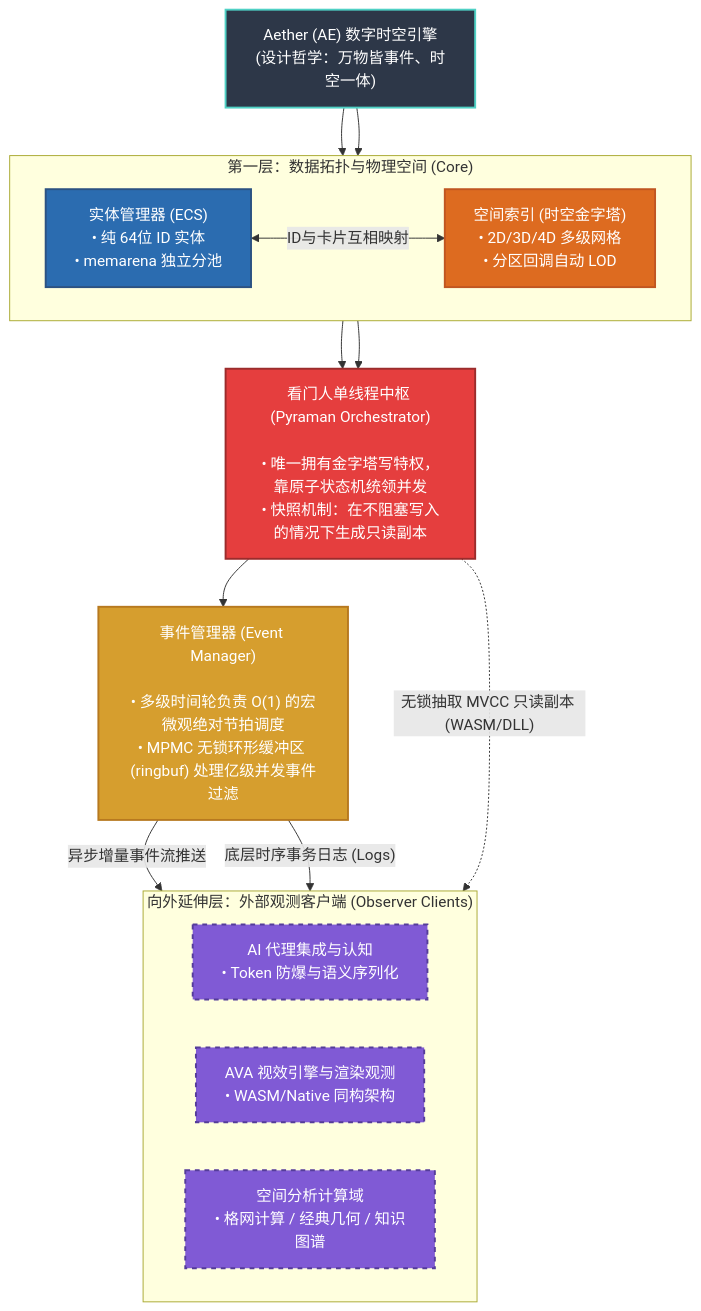
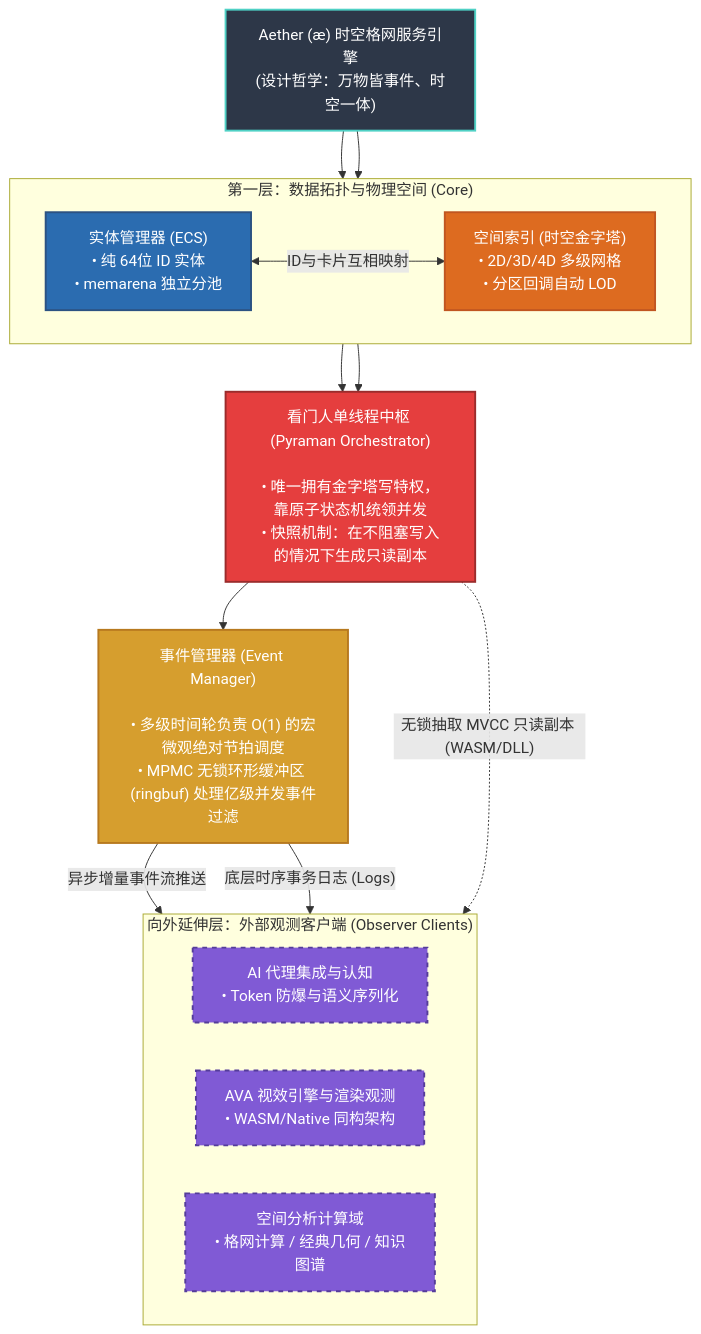
Before and after one commit to mapcarto/aether: the diagram in docs/01_philosophy/index.md, drawn with Mermaid. The commit also changed other lines of this file and 12 other files, not shown here.

````diff
--- a/docs/01_philosophy/index.md
+++ b/docs/01_philosophy/index.md
@@ -25,42 +25,42 @@
 ```mermaid
 flowchart TD
     classDef engine fill:#2d3748,stroke:#4fd1c5,stroke-width:2px,color:#fff
     classDef core fill:#2b6cb0,stroke:#2c5282,stroke-width:2px,color:#fff
     classDef pyramid fill:#dd6b20,stroke:#c05621,stroke-width:2px,color:#fff
     classDef pyraman fill:#e53e3e,stroke:#9b2c2c,stroke-width:2px,color:#fff
     classDef event fill:#d69e2e,stroke:#b7791f,stroke-width:2px,color:#fff
     classDef pipeline fill:#805ad5,stroke:#553c9a,stroke-width:2px,color:#fff,stroke-dasharray: 5 5
 
-    AE["Aether (AE) 数字时空引擎<br/>(设计哲学：万物皆事件、时空一体)"]:::engine
+    AE["Aether (æ) 时空格网服务引擎<br/>(设计哲学：万物皆事件、时空一体)"]:::engine
 
     subgraph "第一层：数据拓扑与物理空间 (Core)"
         direction LR
         ECS["实体管理器 (ECS)<br/>• 纯 64位 ID 实体<br/>• memarena 独立分池"]:::core
         GRID["空间索引 (时空金字塔)<br/>• 2D/3D/4D 多级网格<br/>• 分区回调自动 LOD"]:::pyramid
         
         ECS <-->|"ID与卡片互相映射"| GRID
     end
 
     AE --> ECS
     AE --> GRID
 
     PYRAMAN["看门人单线程中枢 (Pyraman Orchestrator)<br/><br/>• 唯一拥有金字塔写特权，靠原子状态机统领并发<br/>• 快照机制：在不阻塞写入的情况下生成只读副本"]:::pyraman
 
     ECS --> PYRAMAN
     GRID --> PYRAMAN
 
     EM["事件管理器 (Event Manager)<br/><br/>• 多级时间轮负责 O(1) 的宏微观绝对节拍调度<br/>• MPMC 无锁环形缓冲区 (ringbuf) 处理亿级并发事件过滤"]:::event
 
     PYRAMAN --> EM
 
     subgraph "向外延伸层：外部观测客户端 (Observer Clients)"
         direction LR
         AI["AI 代理集成与认知<br/>• Token 防爆与语义序列化"]:::pipeline
         RENDER["AVA 视效引擎与渲染观测<br/>• WASM/Native 同构架构"]:::pipeline
         ANALYSIS["空间分析计算域<br/>• 格网计算 / 经典几何 / 知识图谱"]:::pipeline
     end
 
     EM -->|"异步增量事件流推送"| AI
     PYRAMAN -.->|"无锁抽取 MVCC 只读副本 (WASM/DLL)"| RENDER
     EM -->|"底层时序事务日志 (Logs)"| ANALYSIS
 ```
````
